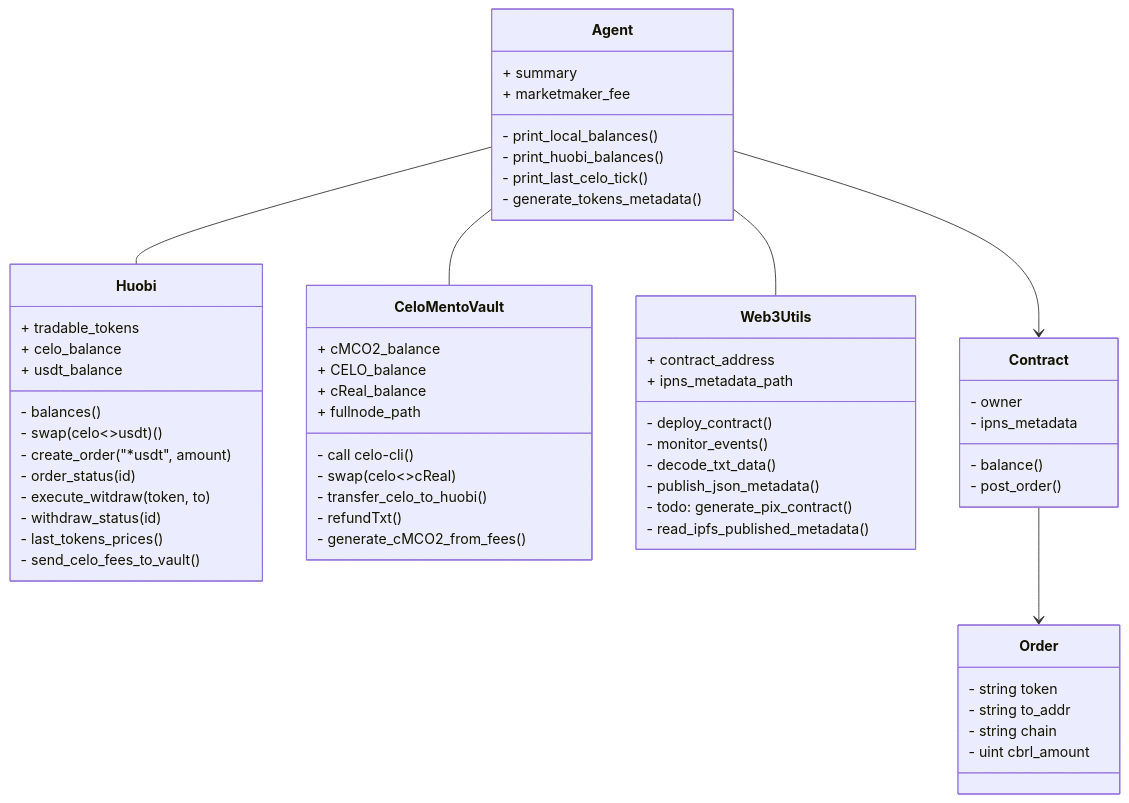
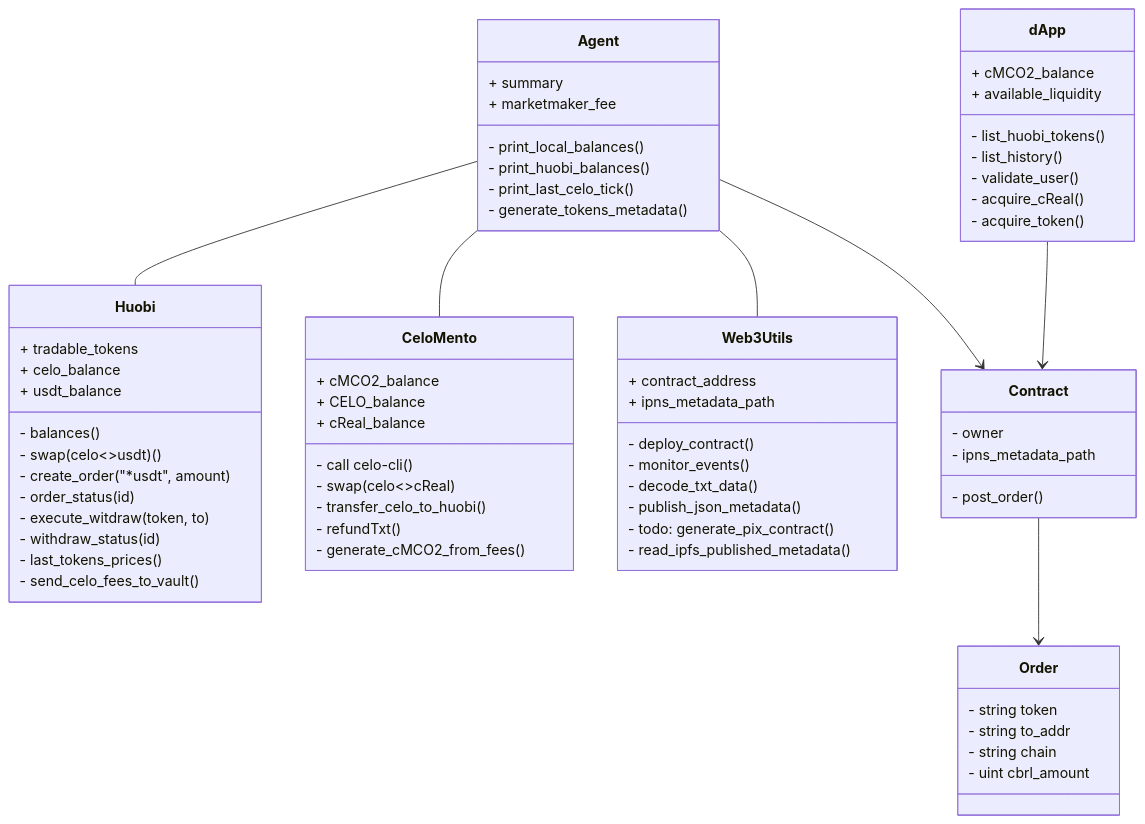
Before and after one commit to rafapolo/celohuobihack: the diagram in veraefiko/README.md, drawn with Mermaid. The commit also changed other lines of this file, not shown here.

````diff
--- a/veraefiko/README.md
+++ b/veraefiko/README.md
@@ -96,64 +85,72 @@
   ```mermaid
 
     classDiagram
         Agent -- Huobi
-        Agent -- CeloMentoVault
+        Agent -- CeloMento
         Agent -- Web3Utils
         Agent --> Contract
+        class dApp{
+            + cMCO2_balance
+            + available_liquidity
+            - list_huobi_tokens()
+            - list_history()
+            - validate_user()
+            - acquire_cReal()
+            - acquire_token()
+        }
+        dApp --> Contract
         class Huobi{
           + tradable_tokens
           + celo_balance
           + usdt_balance
           - balances()   
           - swap(celo<>usdt)()
           - create_order("*usdt", amount)
           - order_status(id)
           - execute_witdraw(token, to)
           - withdraw_status(id)
           - last_tokens_prices()
           - send_celo_fees_to_vault()
         }
-        class CeloMentoVault{
+        class CeloMento{
             + cMCO2_balance
             + CELO_balance
             + cReal_balance
-            + fullnode_path
             - call celo-cli()
             - swap(celo<>cReal)
             - transfer_celo_to_huobi()
             - refundTxt()
             - generate_cMCO2_from_fees()
         }
         class Web3Utils{
           + contract_address
           + ipns_metadata_path
           - deploy_contract()
           - monitor_events()
           - decode_txt_data()
           - publish_json_metadata()
           - todo: generate_pix_contract()
           - read_ipfs_published_metadata()
         }
         class Agent{
           + summary      
-          + marketmaker_fee
+          + marketmaker_fee        
           - print_local_balances()
           - print_huobi_balances()
           - print_last_celo_tick()
           - generate_tokens_metadata()
         }
         Contract --> Order
         class Contract{
             - owner
-            - ipns_metadata
-            - balance()
+            - ipns_metadata_path
             - post_order()
         }
           class Order {
             - string token
             - string to_addr
             - string chain
             - uint cbrl_amount 
           }
 
   ```
````
